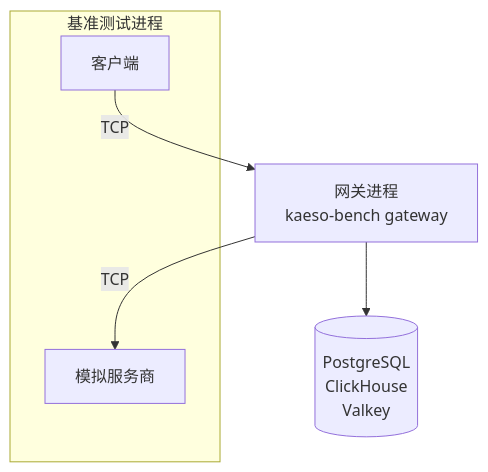
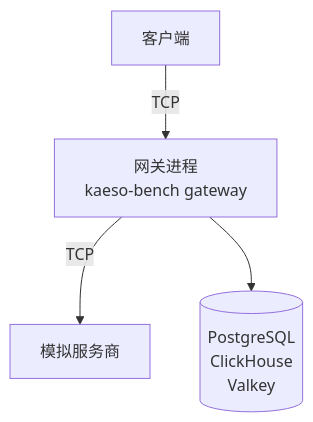
Before and after one commit to logicplanes/kaeso: the diagram in apps/docs/content/zh-CN/development/benchmark.md, drawn with Mermaid. The commit also changed other lines of this file and 14 other files, not shown here.

Commit message:
Draw the benchmark's processes top to bottom so the diagram fits a phone, and space the stream counts

````diff
--- a/apps/docs/content/zh-CN/development/benchmark.md
+++ b/apps/docs/content/zh-CN/development/benchmark.md
@@ -19,12 +19,8 @@
 ```mermaid
 flowchart TD
   accTitle: 基准测试的进程
   accDescr: 客户端通过 TCP 向网关发送请求；网关在独立进程中运行，使用开发数据库，并通过 TCP 调用模拟服务商。客户端和模拟服务商运行在基准测试的进程中。
-  subgraph bench [基准测试进程]
-    clients[客户端]:::outside
-    mock[模拟服务商]:::outside
-  end
-  clients -- TCP --> gateway[网关进程<br>kaeso-bench gateway]:::accent
-  gateway -- TCP --> mock
+  clients[客户端]:::outside -- TCP --> gateway[网关进程<br>kaeso-bench gateway]:::accent
+  gateway -- TCP --> mock[模拟服务商]:::outside
   gateway --> data[(PostgreSQL<br>ClickHouse<br>Valkey)]
 ```
````
